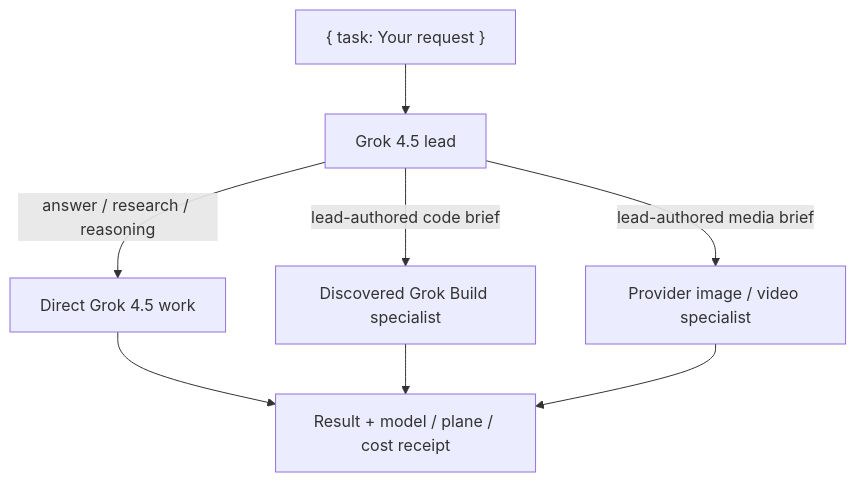
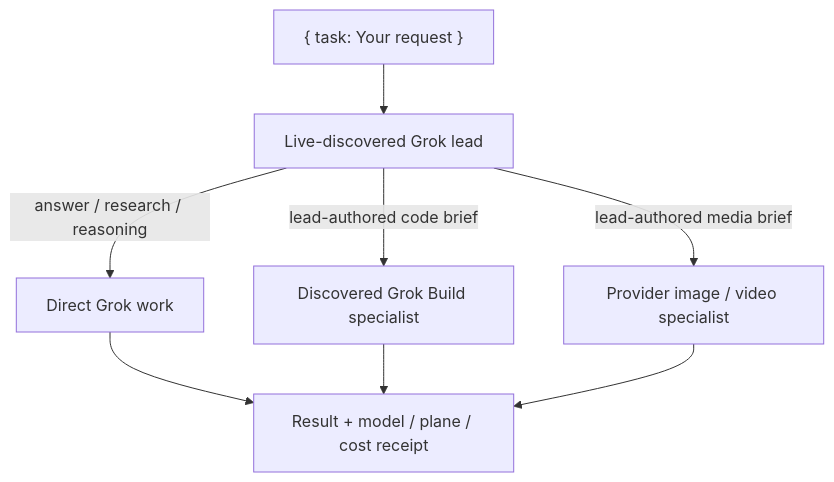
Before and after one commit to djtelicloud/grok-mcp-server: the diagram in README.md, drawn with Mermaid. The commit also changed other lines of this file and 71 other files, not shown here.

````diff
--- a/README.md
+++ b/README.md
@@ -170,10 +197,10 @@
 ```mermaid
 flowchart TD
-    T["{ task: Your request }"] --> L["Grok 4.5 lead"]
-    L -->|"answer / research / reasoning"| D["Direct Grok 4.5 work"]
+    T["{ task: Your request }"] --> L["Live-discovered Grok lead"]
+    L -->|"answer / research / reasoning"| D["Direct Grok work"]
     L -->|"lead-authored code brief"| C["Discovered Grok Build specialist"]
     L -->|"lead-authored media brief"| M["Provider image / video specialist"]
     D --> R["Result + model / plane / cost receipt"]
     C --> R
     M --> R
 ```
````
